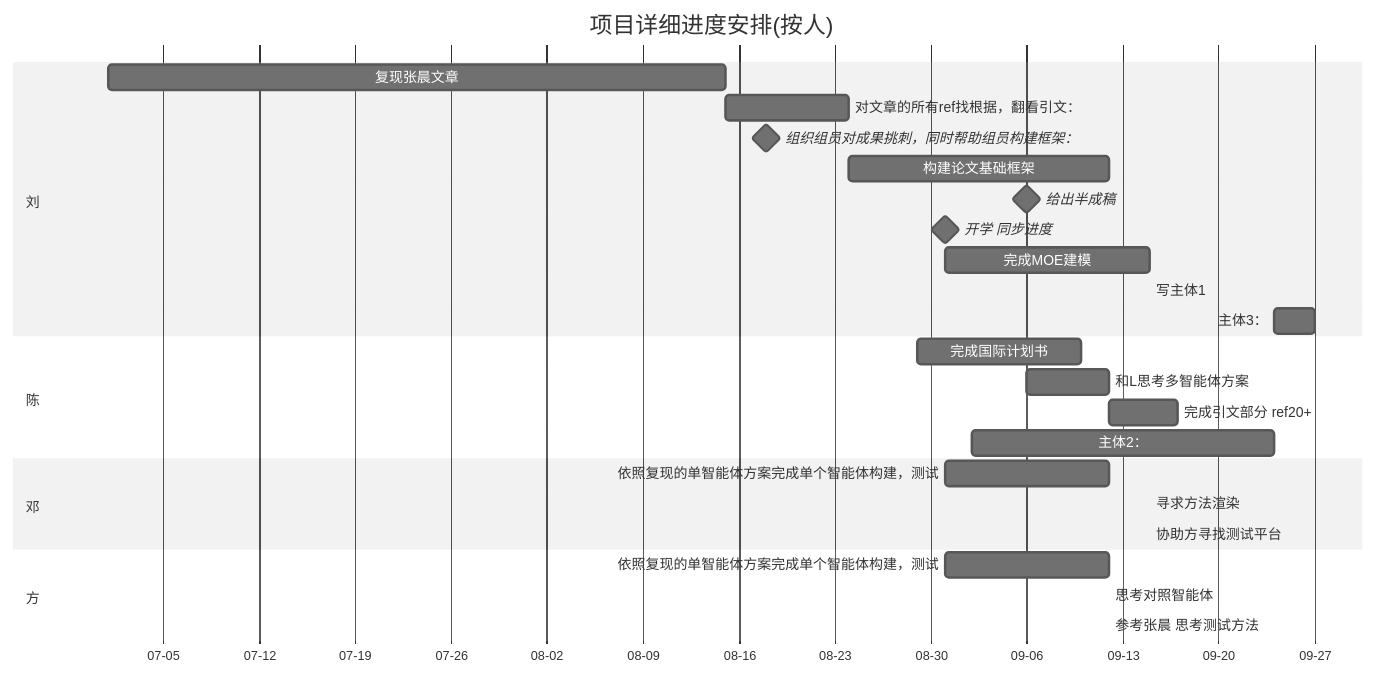
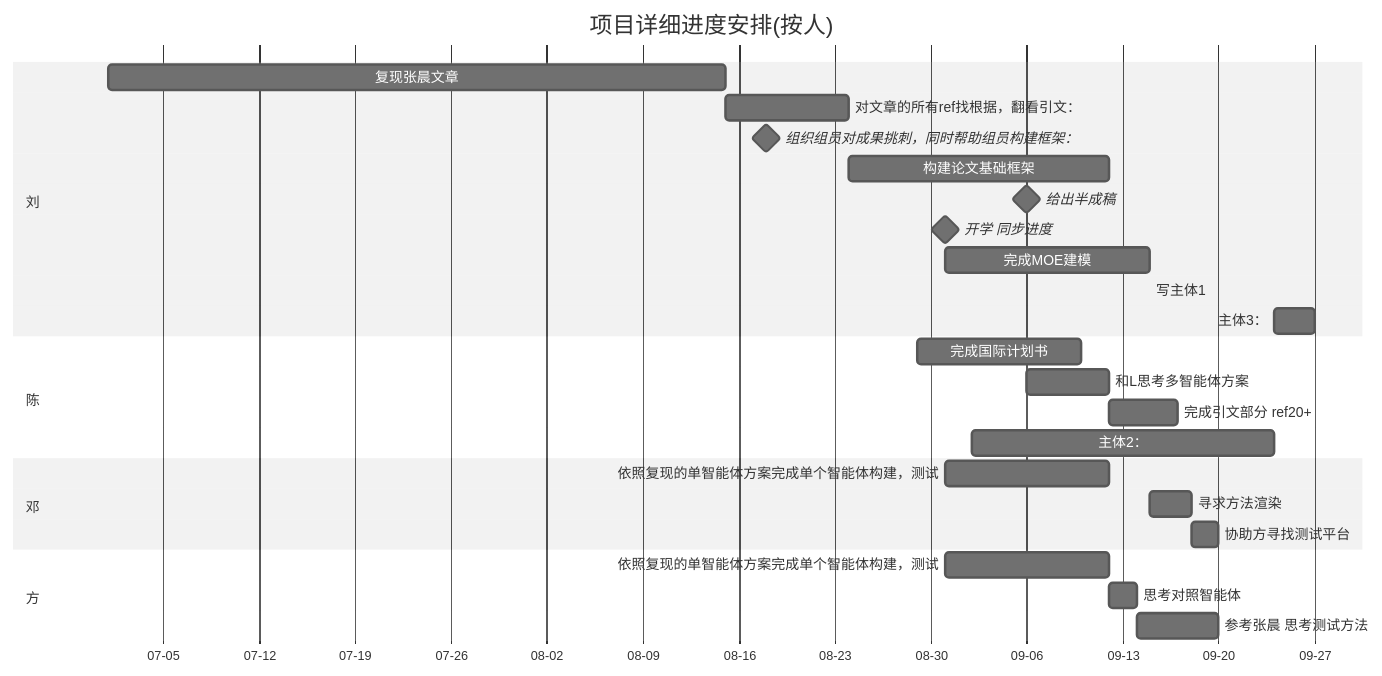
Before and after one commit to su-iras-1/ForTest: the second of 6 diagrams in 日程规划/总体日程表同步.md, drawn with Mermaid (neutral theme). The commit also changed 1 other file, not shown here.

````diff
--- a/日程规划/总体日程表同步.md
+++ b/日程规划/总体日程表同步.md
@@ -40,31 +40,31 @@
 ```mermaid
 gantt
     title 项目详细进度安排(按人)
     dateFormat YY-MM-DD
     axisFormat %m-%d
     tickInterval 1d
 
     section 刘
         复现张晨文章:l1,26-07-01,26-08-15
         对文章的所有ref找根据，翻看引文：:l2,after l1,9d
         组织组员对成果挑刺，同时帮助组员构建框架：:milestone,26-08-18,0d
         构建论文基础框架:l4,after l2,26-09-12 
         给出半成稿:milestone,l5,26-09-06,0d
         开学 同步进度:milestone,l3,26-08-31,0d
         完成MOE建模:L7,after l3,15d
-        写主体1:L6，26-09-19，26-09-22
+        写主体1:L6，26-09-19，4d
         主体3：:after c3,26-09-27
     section  陈
         完成国际计划书:26-08-29,26-09-10
         和L思考多智能体方案:c1,after l5,26-09-12
         完成引文部分 ref20+:c2,after c1,26-09-17
         主体2：:c3,after L6,26-09-24
     section 邓
         依照复现的单智能体方案完成单个智能体构建，测试:d1,after l3,26-09-12
-        寻求方法渲染: d2,after L7 ,d3
-        协助方寻找测试平台: after d2,d2
+        寻求方法渲染: d2,after L7 ,3d
+        协助方寻找测试平台: after d2,2d
     section 方
         依照复现的单智能体方案完成单个智能体构建，测试:f1,after l3,26-09-12
-        思考对照智能体:f2,after f1,d2
-        参考张晨 思考测试方法: f3,after f2,d6
+        思考对照智能体:f2,after f1,2d
+        参考张晨 思考测试方法: f3,after f2,6d
 ```
````
